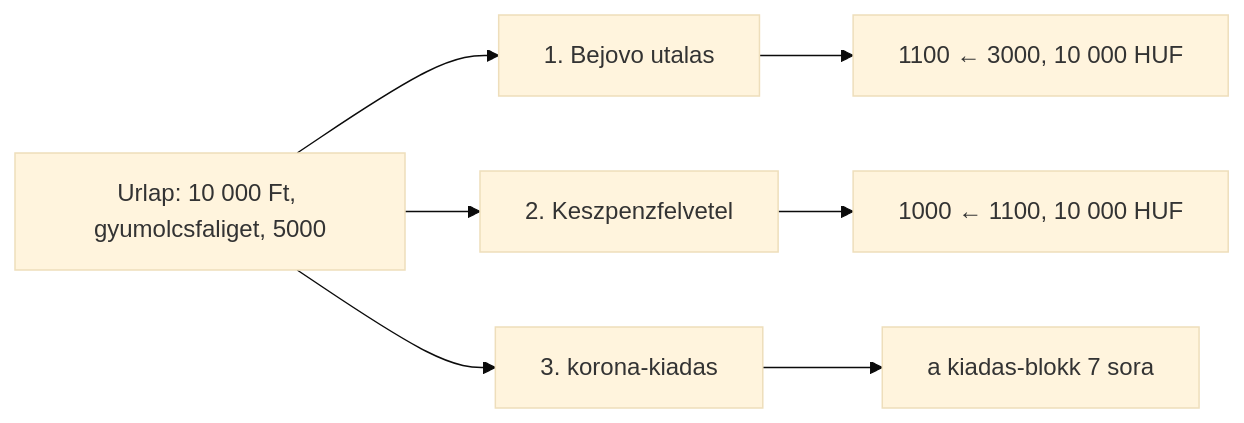
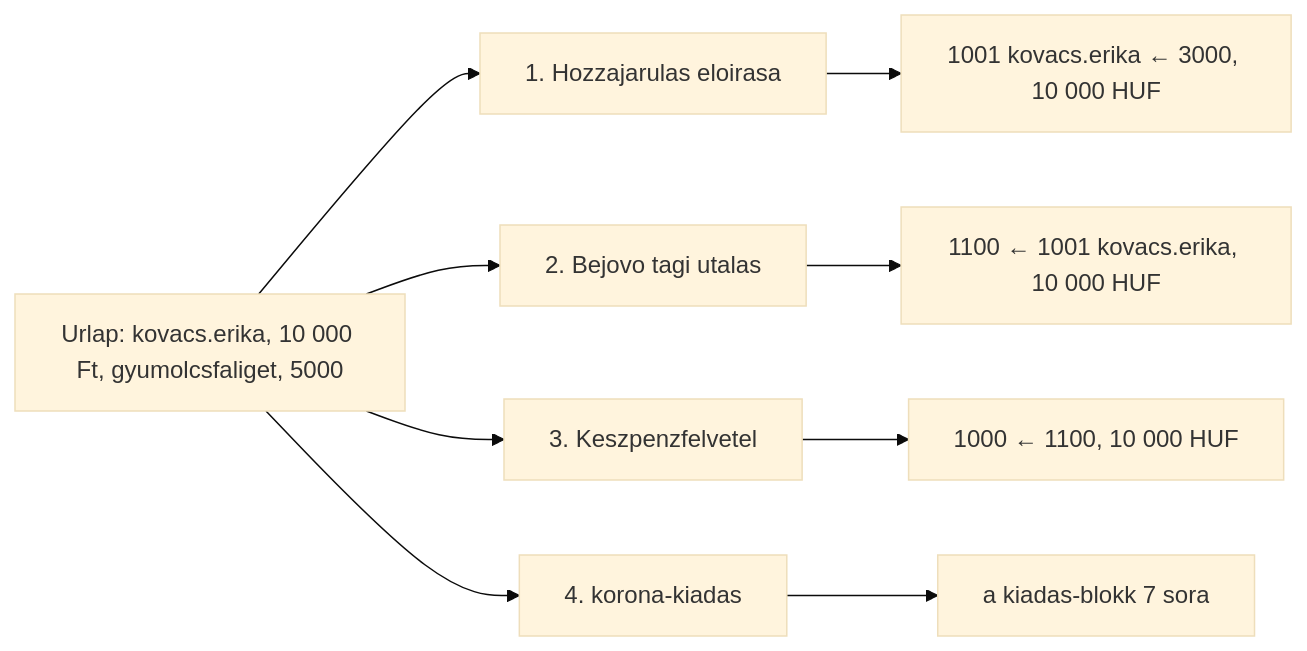
One commit to pitiboy/curr changed diagram 14 of 15 in docs/transaction-workflow.md. Above: the diagram before and after it, drawn with Mermaid (base theme). The commit also changed other lines of this file, not shown here.

Commit message:
docs: tagi számlák

````diff
--- a/docs/transaction-workflow.md
+++ b/docs/transaction-workflow.md
@@ -320,14 +689,17 @@
 ```mermaid
 flowchart LR
-  formNode["Urlap: 10 000 Ft, gyumolcsfaliget, 5000"]
-  utalas["1. Bejovo utalas"]
-  felv["2. Keszpenzfelvetel"]
-  blokk["3. korona-kiadas"]
-  sor1["1100 ← 3000, 10 000 HUF"]
+  formNode["Urlap: kovacs.erika, 10 000 Ft, gyumolcsfaliget, 5000"]
+  eloiras["1. Hozzajarulas eloirasa"]
+  utalas["2. Bejovo tagi utalas"]
+  felv["3. Keszpenzfelvetel"]
+  blokk["4. korona-kiadas"]
+  sor0["1001 kovacs.erika ← 3000, 10 000 HUF"]
+  sor1["1100 ← 1001 kovacs.erika, 10 000 HUF"]
   sor2["1000 ← 1100, 10 000 HUF"]
   sorok["a kiadas-blokk 7 sora"]
 
+  formNode --> eloiras --> sor0
   formNode --> utalas --> sor1
   formNode --> felv --> sor2
   formNode --> blokk --> sorok
 ```
````
